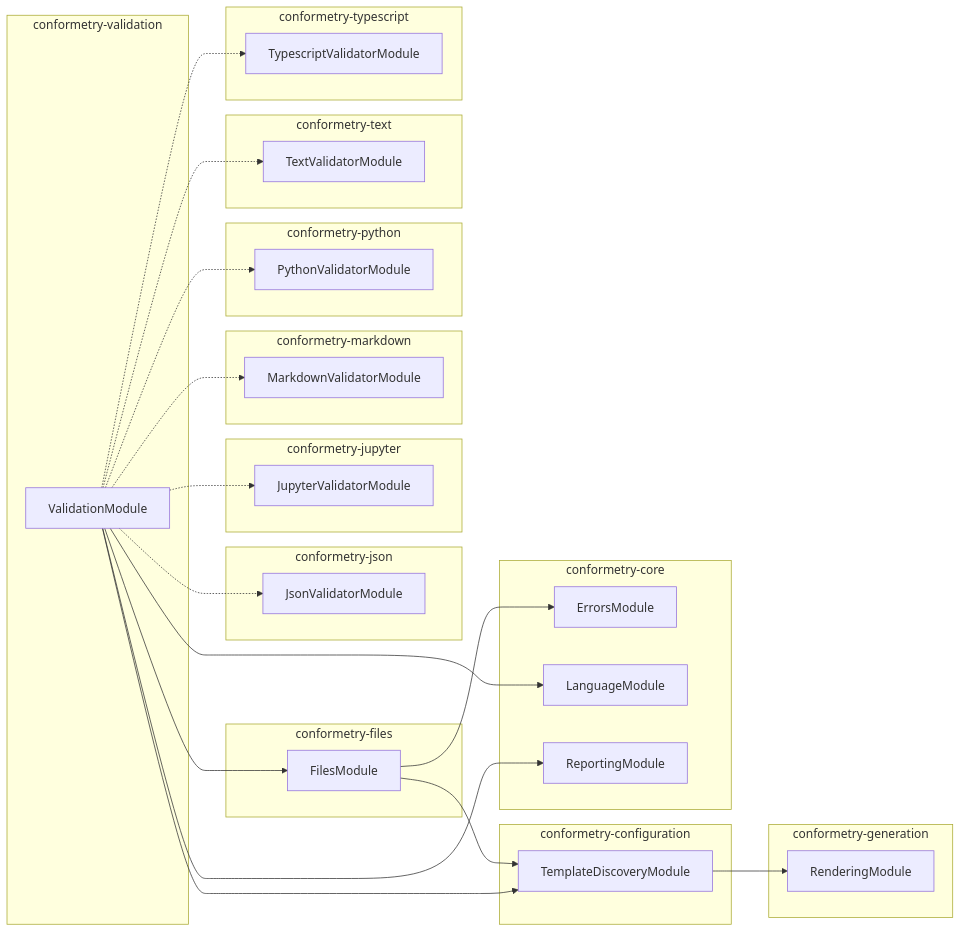
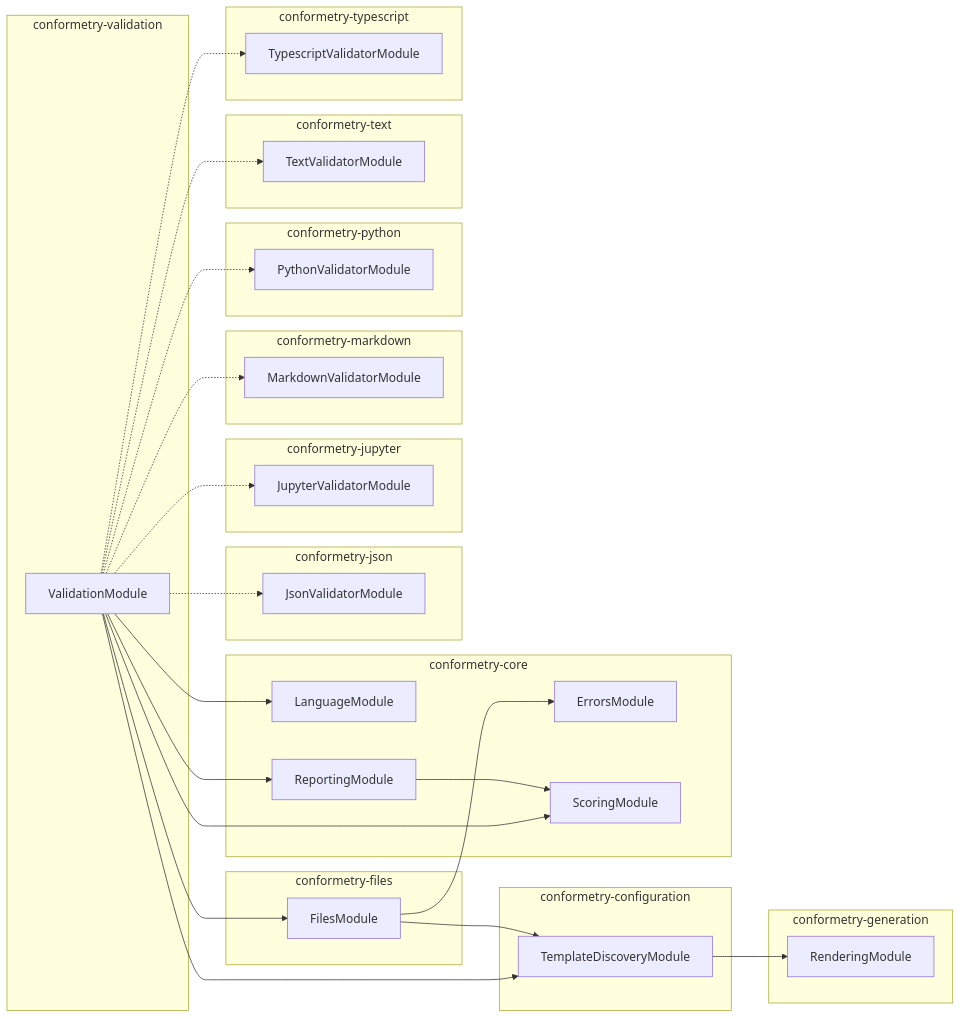
One commit to JimmyPaolini/codebase changed the diagram in packages/conformetry-validation/AGENTS.md. Above: the diagram before and after it, drawn with Mermaid. The commit also changed 141 other files, not shown here.

````diff
--- a/packages/conformetry-validation/AGENTS.md
+++ b/packages/conformetry-validation/AGENTS.md
@@ -57,51 +57,54 @@
 ```mermaid
 flowchart LR
   subgraph group0["conformetry-validation"]
     ValidationModule
   end
   subgraph group1["conformetry-configuration"]
     TemplateDiscoveryModule
   end
   subgraph group2["conformetry-core"]
     ErrorsModule
     LanguageModule
     ReportingModule
+    ScoringModule
   end
   subgraph group3["conformetry-files"]
     FilesModule
   end
   subgraph group4["conformetry-generation"]
     RenderingModule
   end
   subgraph group5["conformetry-json"]
     JsonValidatorModule
   end
   subgraph group6["conformetry-jupyter"]
     JupyterValidatorModule
   end
   subgraph group7["conformetry-markdown"]
     MarkdownValidatorModule
   end
   subgraph group8["conformetry-python"]
     PythonValidatorModule
   end
   subgraph group9["conformetry-text"]
     TextValidatorModule
   end
   subgraph group10["conformetry-typescript"]
     TypescriptValidatorModule
   end
   FilesModule --> ErrorsModule
   FilesModule --> TemplateDiscoveryModule
+  ReportingModule --> ScoringModule
   TemplateDiscoveryModule --> RenderingModule
   ValidationModule --> FilesModule
   ValidationModule -.-> JsonValidatorModule
   ValidationModule -.-> JupyterValidatorModule
   ValidationModule --> LanguageModule
   ValidationModule -.-> MarkdownValidatorModule
   ValidationModule -.-> PythonValidatorModule
   ValidationModule --> ReportingModule
+  ValidationModule --> ScoringModule
   ValidationModule --> TemplateDiscoveryModule
   ValidationModule -.-> TextValidatorModule
   ValidationModule -.-> TypescriptValidatorModule
 ```
````
